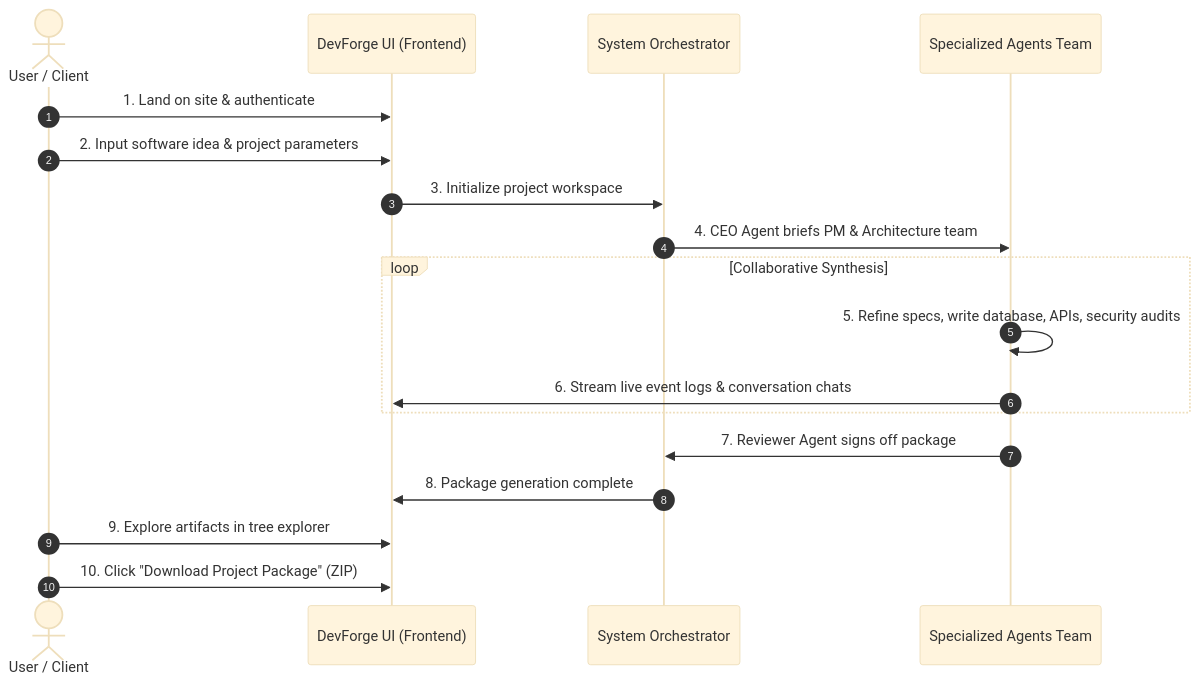
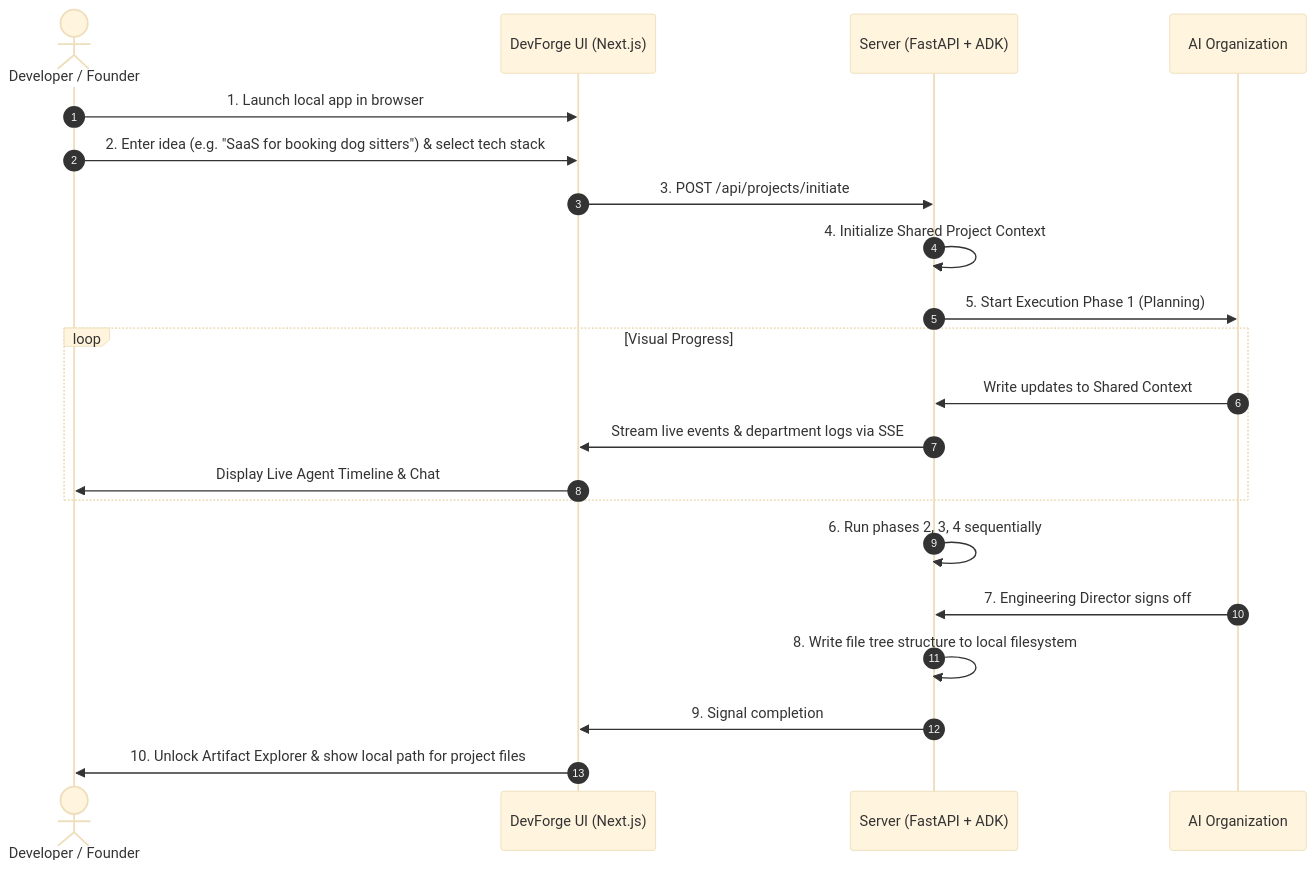
The second of 2 diagrams in docs/PRD.md (SujalUshir/DevForge-AI), drawn with Mermaid (base theme) before and after one commit. The commit also changed other lines of this file, not shown here.

Commit message:
docs: refine PRD for Version 1 MVP competition specs

````diff
--- a/docs/PRD.md
+++ b/docs/PRD.md
@@ -173,21 +177,24 @@
 ```mermaid
 sequenceDiagram
     autonumber
-    actor User as User / Client
-    participant Web as DevForge UI (Frontend)
-    participant Orchestrator as System Orchestrator
-    participant AgentTeam as Specialized Agents Team
+    actor User as Developer / Founder
+    participant UI as DevForge UI (Next.js)
+    participant Server as Server (FastAPI + ADK)
+    participant Agents as AI Organization
     
-    User->>Web: 1. Land on site & authenticate
-    User->>Web: 2. Input software idea & project parameters
-    Web->>Orchestrator: 3. Initialize project workspace
-    Orchestrator->>AgentTeam: 4. CEO Agent briefs PM & Architecture team
-    loop Collaborative Synthesis
-        AgentTeam->>AgentTeam: 5. Refine specs, write database, APIs, security audits
-        AgentTeam->>Web: 6. Stream live event logs & conversation chats
+    User->>UI: 1. Launch local app in browser
+    User->>UI: 2. Enter idea (e.g. "SaaS for booking dog sitters") & select tech stack
+    UI->>Server: 3. POST /api/projects/initiate
+    Server->>Server: 4. Initialize Shared Project Context
+    Server->>Agents: 5. Start Execution Phase 1 (Planning)
+    loop Visual Progress
+        Agents->>Server: Write updates to Shared Context
+        Server->>UI: Stream live events & department logs via SSE
+        UI->>User: Display Live Agent Timeline & Chat
     end
-    AgentTeam->>Orchestrator: 7. Reviewer Agent signs off package
-    Orchestrator->>Web: 8. Package generation complete
-    User->>Web: 9. Explore artifacts in tree explorer
-    User->>Web: 10. Click "Download Project Package" (ZIP)
+    Server->>Server: 6. Run phases 2, 3, 4 sequentially
+    Agents->>Server: 7. Engineering Director signs off
+    Server->>Server: 8. Write file tree structure to local filesystem
+    Server->>UI: 9. Signal completion
+    UI->>User: 10. Unlock Artifact Explorer & show local path for project files
 ```
````
